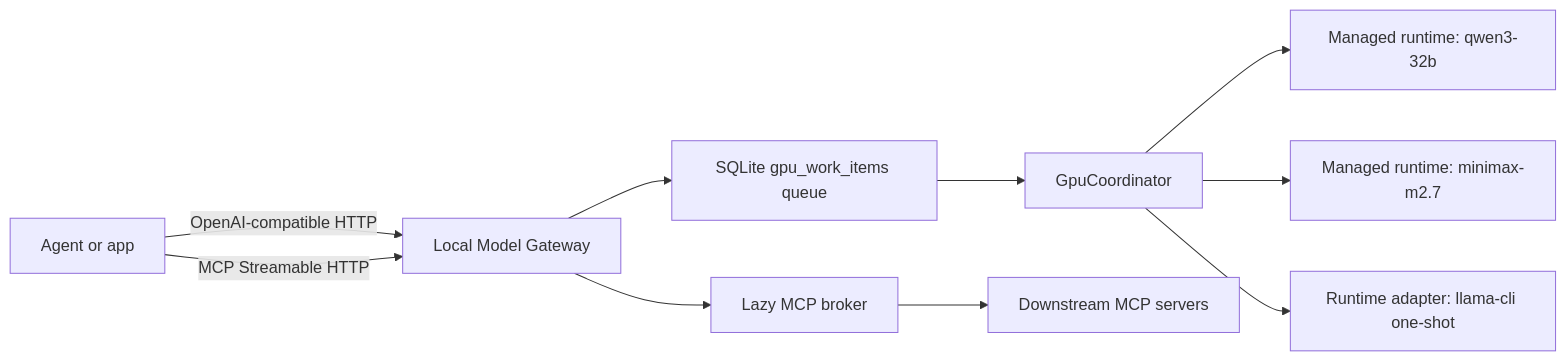
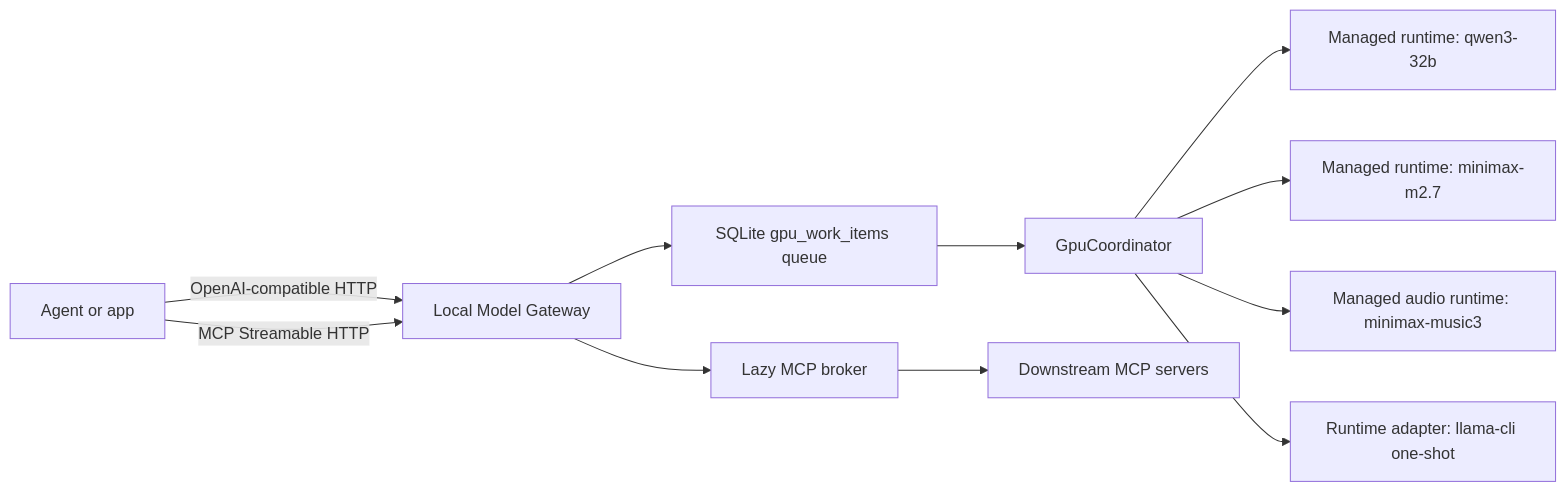
The diagram in README.md (vstep1/local-model-gateway), drawn with Mermaid before and after one commit. The commit also changed other lines of this file and 27 other files, not shown here.

Commit message:
feat: add managed music generation

````diff
--- a/README.md
+++ b/README.md
@@ -95,12 +96,13 @@
 ```mermaid
 flowchart LR
   A["Agent or app"] -->|"OpenAI-compatible HTTP"| G["Local Model Gateway"]
   A -->|"MCP Streamable HTTP"| G
   G --> Q["SQLite gpu_work_items queue"]
   Q --> C["GpuCoordinator"]
   C --> R1["Managed runtime: qwen3-32b"]
   C --> R2["Managed runtime: minimax-m2.7"]
-  C --> R3["Runtime adapter: llama-cli one-shot"]
+  C --> R3["Managed audio runtime: minimax-music3"]
+  C --> R4["Runtime adapter: llama-cli one-shot"]
   G --> B["Lazy MCP broker"]
   B --> D["Downstream MCP servers"]
 ```
````
